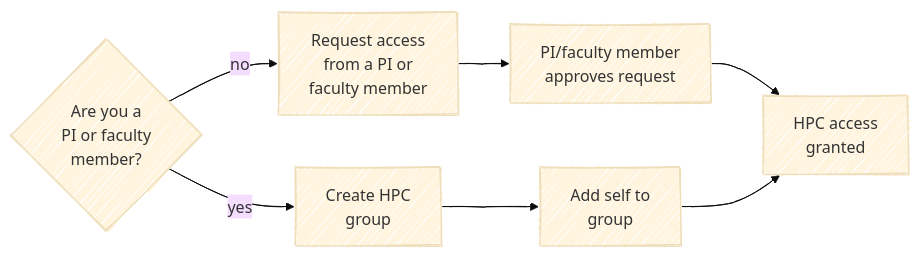
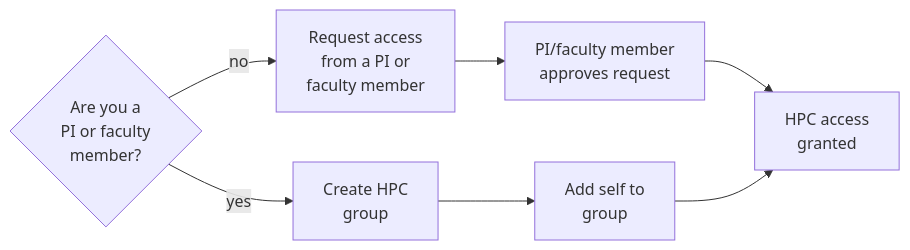
One commit to UA-ResearchComputing-HPC/hpc-documentation changed the diagram in docs/registration_and_access/account_creation/index.md. Above: the diagram before and after it, drawn with Mermaid. The commit also changed 75 other files, not shown here.

````diff
--- a/docs/registration_and_access/account_creation/index.md
+++ b/docs/registration_and_access/account_creation/index.md
@@ -33,17 +33,11 @@
 ```mermaid
----
-
-config:
-  theme: base
-  look: handDrawn
----
 flowchart LR
         A["Are you a<br>PI or faculty <br>member?"]
         A -->|yes| B["Create HPC<br>group"]
         B --> C["Add self to<br>group"]
         A -->|no| D["Request access<br>from a PI or<br>faculty member"]
         D --> E["PI/faculty member<br>approves request"]
         E --> F["HPC access<br>granted"]
         C --> F
         A@{ shape: diam}
 ```
````
